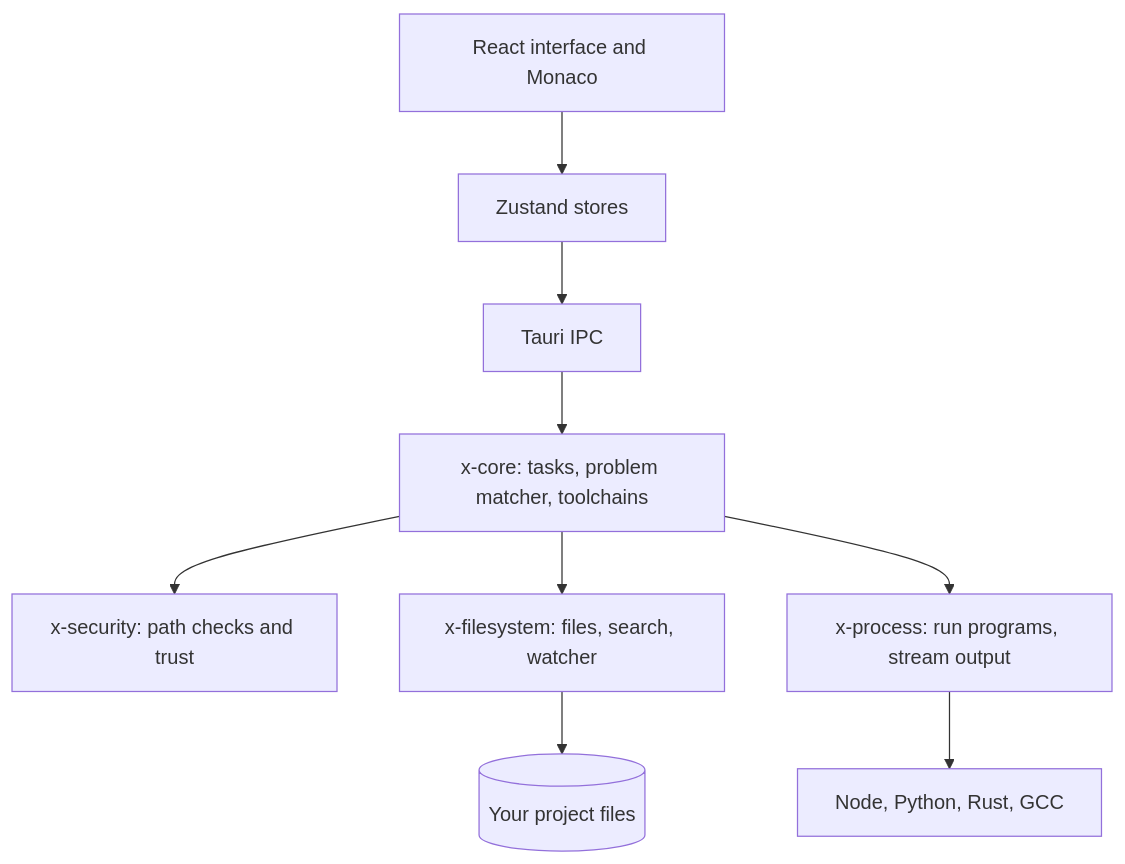
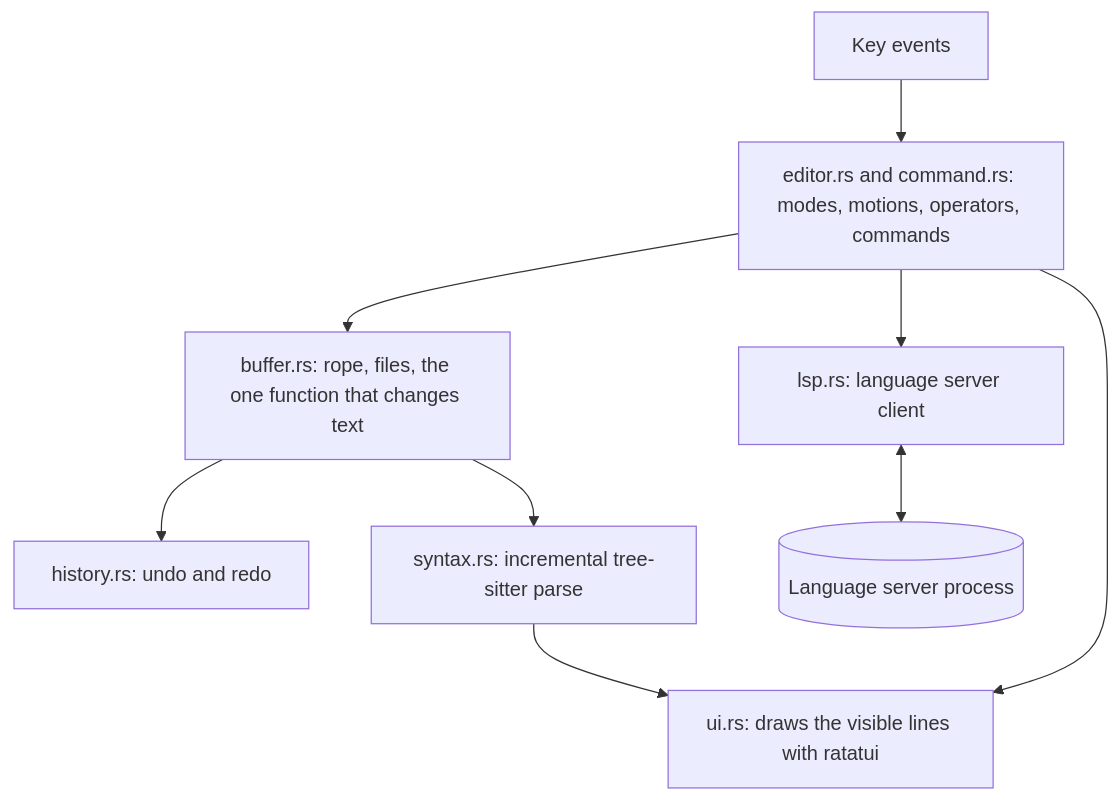
The diagram in README.md (Iamshi-vissa/X-Editor), drawn with Mermaid before and after one commit. The commit also changed other lines of this file, not shown here.

````diff
--- a/README.md
+++ b/README.md
@@ -56,11 +104,11 @@
 ```mermaid
 flowchart TB
-    UI[React interface and Monaco] --> ST[Zustand stores]
-    ST --> IPC[Tauri IPC]
-    IPC --> CORE[x-core: tasks, problem matcher, toolchains]
-    CORE --> SEC[x-security: path checks and trust]
-    CORE --> FS[x-filesystem: files, search, watcher]
-    CORE --> PR[x-process: run programs, stream output]
-    FS --> DISK[(Your project files)]
-    PR --> OS[Node, Python, Rust, GCC]
+    KEYS[Key events] --> ED[editor.rs and command.rs: modes, motions, operators, commands]
+    ED --> BUF[buffer.rs: rope, files, the one function that changes text]
+    BUF --> HIST[history.rs: undo and redo]
+    BUF --> SYN[syntax.rs: incremental tree-sitter parse]
+    ED --> LSP[lsp.rs: language server client]
+    LSP <--> SRV[(Language server process)]
+    ED --> UI[ui.rs: draws the visible lines with ratatui]
+    SYN --> UI
 ```
````
